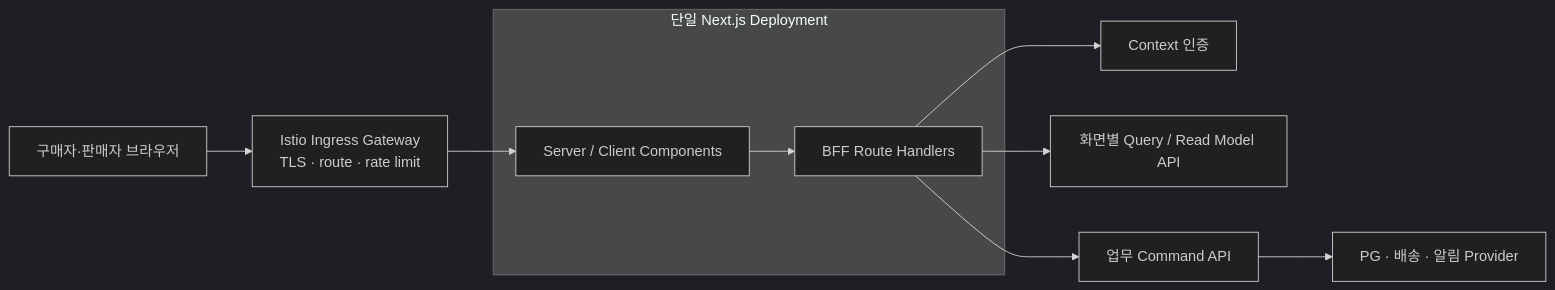
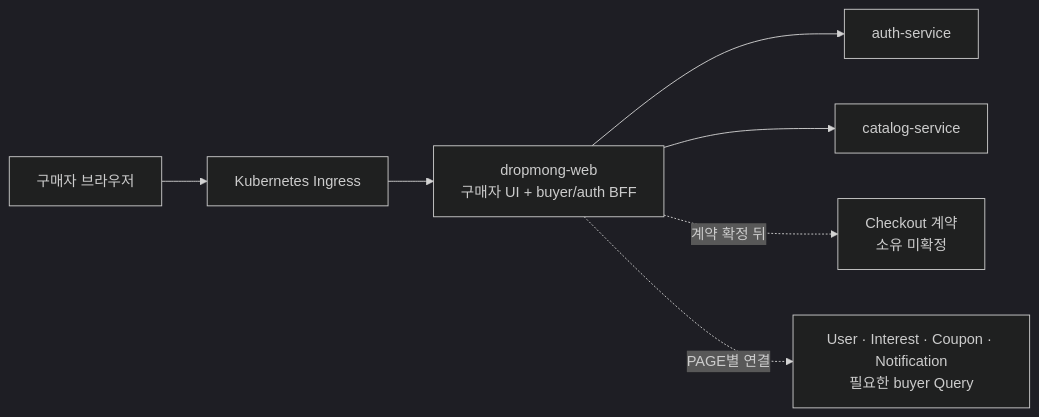
The first of 2 diagrams in blueprint/60-web-application/BFF_A_01_web_bff_module.md (Medikong/archive), drawn with Mermaid (dark theme) before and after one commit. The commit also changed other lines of this file and 6 other files, not shown here.

````diff
--- a/blueprint/60-web-application/BFF_A_01_web_bff_module.md
+++ b/blueprint/60-web-application/BFF_A_01_web_bff_module.md
@@ -66,22 +61,16 @@
 ```mermaid
 flowchart LR
-  browser["구매자·판매자 브라우저"]
-  ingress["Istio Ingress Gateway<br/>TLS · route · rate limit"]
+  Buyer["구매자 브라우저"]
+  Ingress["Kubernetes Ingress"]
+  Web["dropmong-web\n구매자 UI + buyer/auth BFF"]
+  Auth["auth-service"]
+  Catalog["catalog-service"]
+  Checkout["Checkout 계약\n소유 미확정"]
+  Query["User · Interest · Coupon · Notification\n필요한 buyer Query"]
 
-  subgraph web["단일 Next.js Deployment"]
-    ui["Server / Client Components"]
-    bff["BFF Route Handlers"]
-    ui --> bff
-  end
-
-  auth["Context 인증"]
-  query["화면별 Query / Read Model API"]
-  command["업무 Command API"]
-  external["PG · 배송 · 알림 Provider"]
-
-  browser --> ingress --> ui
-  bff --> auth
-  bff --> query
-  bff --> command
-  command --> external
+  Buyer --> Ingress --> Web
+  Web --> Auth
+  Web --> Catalog
+  Web -.->|"계약 확정 뒤"| Checkout
+  Web -.->|"PAGE별 연결"| Query
 ```
````
